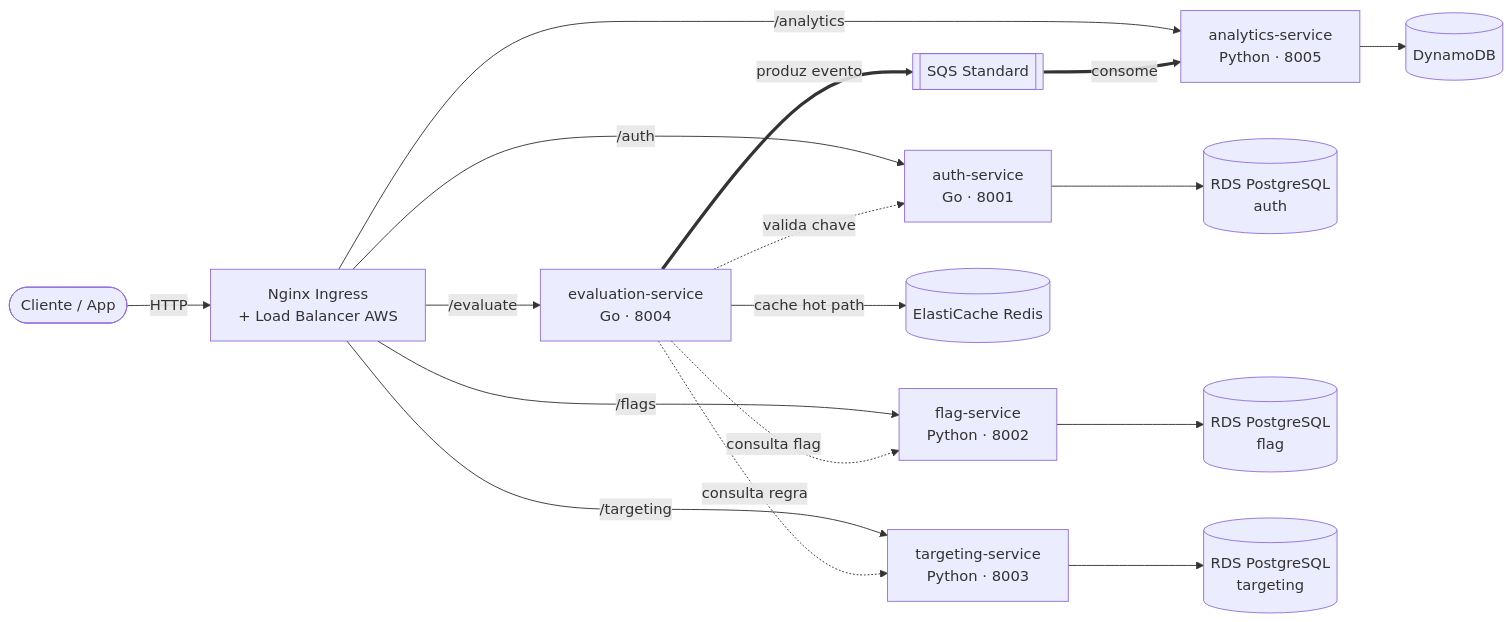
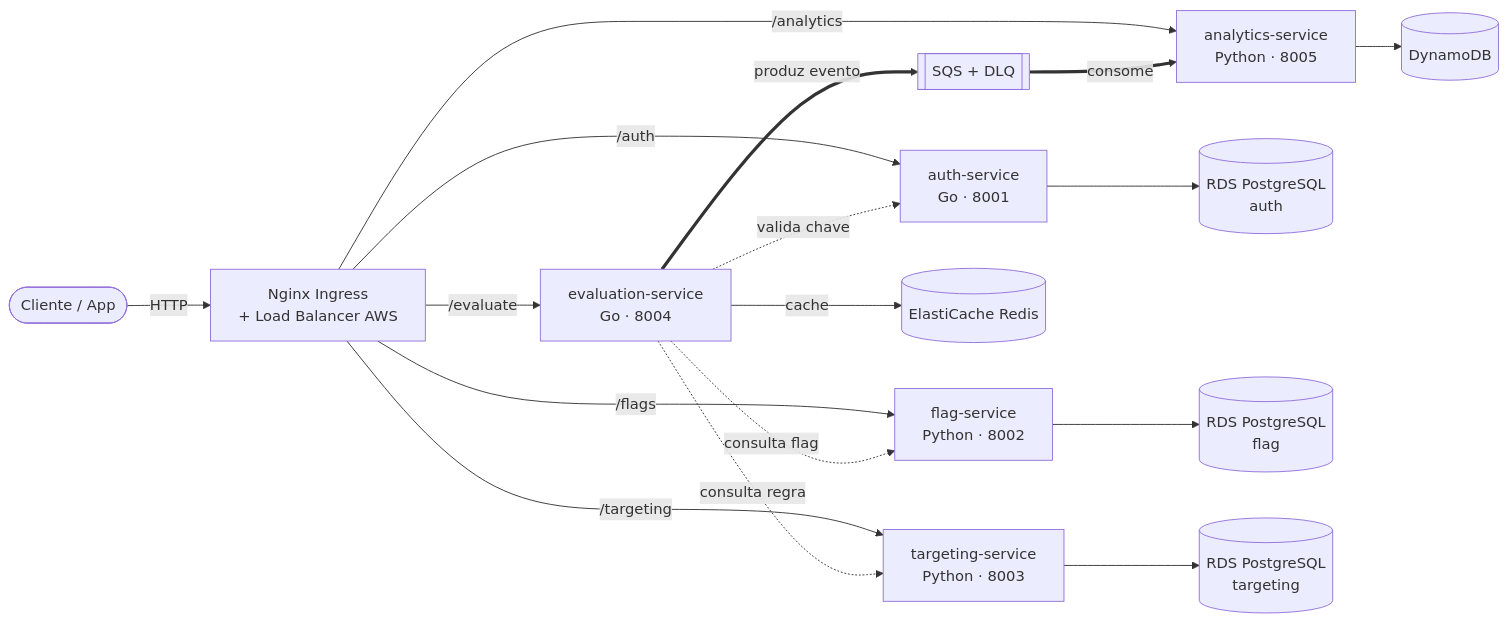
One commit to artur-duart/togglemaster-devops-fiap changed the first of 2 diagrams in README.md. Above: the diagram before and after it, drawn with Mermaid. The commit also changed other lines of this file and 2 other files, not shown here.

````diff
--- a/README.md
+++ b/README.md
@@ -69,22 +89,22 @@
 ```mermaid
 flowchart LR
     Client([Cliente / App]) -->|HTTP| ING[Nginx Ingress<br/>+ Load Balancer AWS]
 
     ING -->|/auth| AUTH[auth-service<br/>Go · 8001]
     ING -->|/flags| FLAG[flag-service<br/>Python · 8002]
     ING -->|/targeting| TGT[targeting-service<br/>Python · 8003]
     ING -->|/evaluate| EVAL[evaluation-service<br/>Go · 8004]
     ING -->|/analytics| ANL[analytics-service<br/>Python · 8005]
 
     AUTH --> RDSa[(RDS PostgreSQL<br/>auth)]
     FLAG --> RDSf[(RDS PostgreSQL<br/>flag)]
     TGT --> RDSt[(RDS PostgreSQL<br/>targeting)]
 
-    EVAL -->|cache hot path| REDIS[(ElastiCache Redis)]
+    EVAL -->|cache| REDIS[(ElastiCache Redis)]
     EVAL -.valida chave.-> AUTH
     EVAL -.consulta flag.-> FLAG
     EVAL -.consulta regra.-> TGT
-    EVAL ==>|produz evento| SQS[[SQS Standard]]
+    EVAL ==>|produz evento| SQS[[SQS + DLQ]]
     SQS ==>|consome| ANL
     ANL --> DDB[(DynamoDB)]
 ```
````
